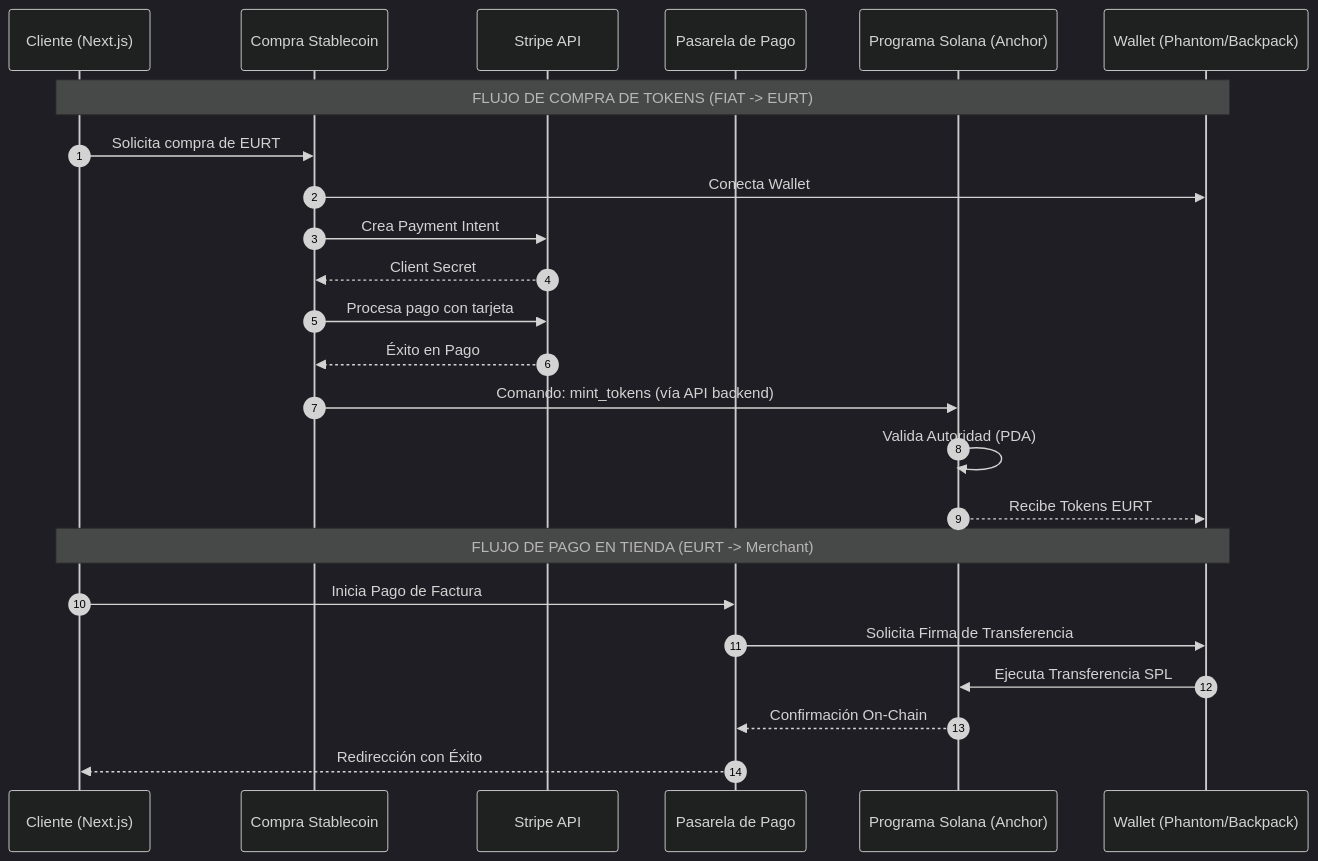
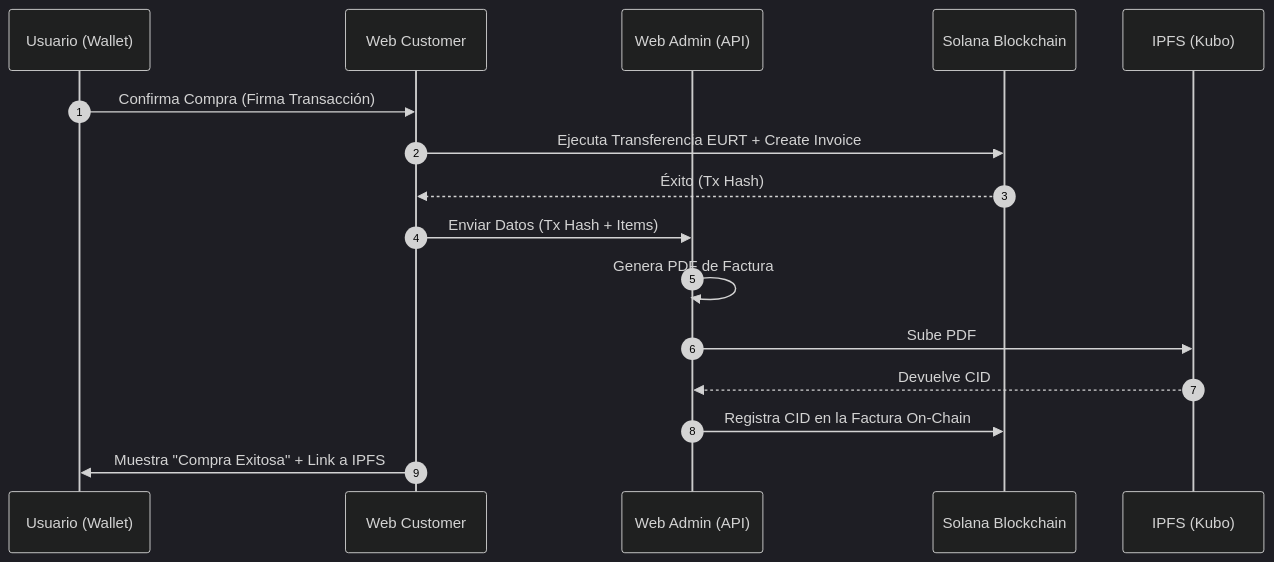
The first of 2 diagrams in README.md (87maxi/ecommerce-solana), drawn with Mermaid (dark theme) before and after one commit. The commit also changed other lines of this file, not shown here.

Commit message:
docs: major upgrade to README with updated architecture and user flow diagrams

````diff
--- a/README.md
+++ b/README.md
@@ -66,28 +51,19 @@
 ```mermaid
 sequenceDiagram
     autonumber
-    participant C as Cliente (Next.js)
-    participant CS as Compra Stablecoin
-    participant STRIPE as Stripe API
-    participant PP as Pasarela de Pago
-    participant SP as Programa Solana (Anchor)
-    participant W as Wallet (Phantom/Backpack)
+    participant U as Usuario (Wallet)
+    participant WC as Web Customer
+    participant WA as Web Admin (API)
+    participant BC as Solana Blockchain
+    participant IPFS as IPFS (Kubo)
 
-    Note over C,W: FLUJO DE COMPRA DE TOKENS (FIAT -> EURT)
-    C->>CS: Solicita compra de EURT
-    CS->>W: Conecta Wallet
-    CS->>STRIPE: Crea Payment Intent
-    STRIPE-->>CS: Client Secret
-    CS->>STRIPE: Procesa pago con tarjeta
-    STRIPE-->>CS: Éxito en Pago
-    CS->>SP: Comando: mint_tokens (vía API backend)
-    SP->>SP: Valida Autoridad (PDA)
-    SP-->>W: Recibe Tokens EURT
-
-    Note over C,W: FLUJO DE PAGO EN TIENDA (EURT -> Merchant)
-    C->>PP: Inicia Pago de Factura
-    PP->>W: Solicita Firma de Transferencia
-    W->>SP: Ejecuta Transferencia SPL
-    SP-->>PP: Confirmación On-Chain
-    PP-->>C: Redirección con Éxito
+    U->>WC: Confirma Compra (Firma Transacción)
+    WC->>BC: Ejecuta Transferencia EURT + Create Invoice
+    BC-->>WC: Éxito (Tx Hash)
+    WC->>WA: Enviar Datos (Tx Hash + Items)
+    WA->>WA: Genera PDF de Factura
+    WA->>IPFS: Sube PDF
+    IPFS-->>WA: Devuelve CID
+    WA->>BC: Registra CID en la Factura On-Chain
+    WC->>U: Muestra "Compra Exitosa" + Link a IPFS
 ```
````
